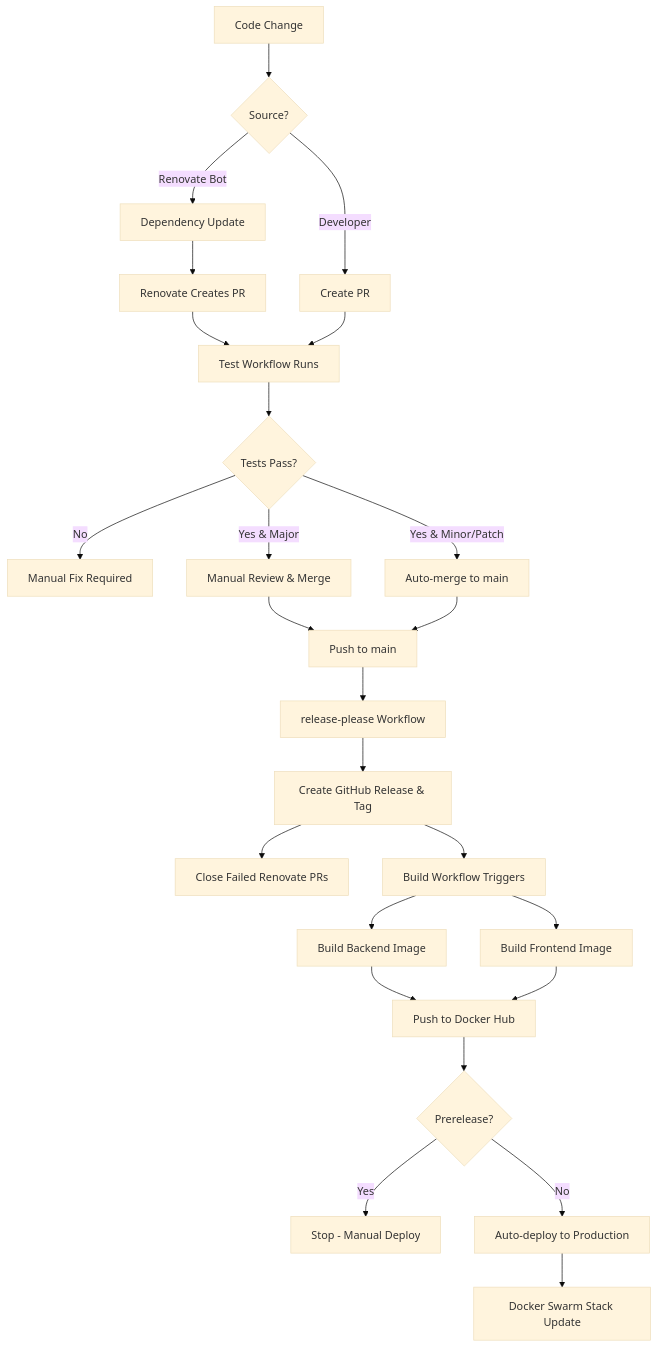
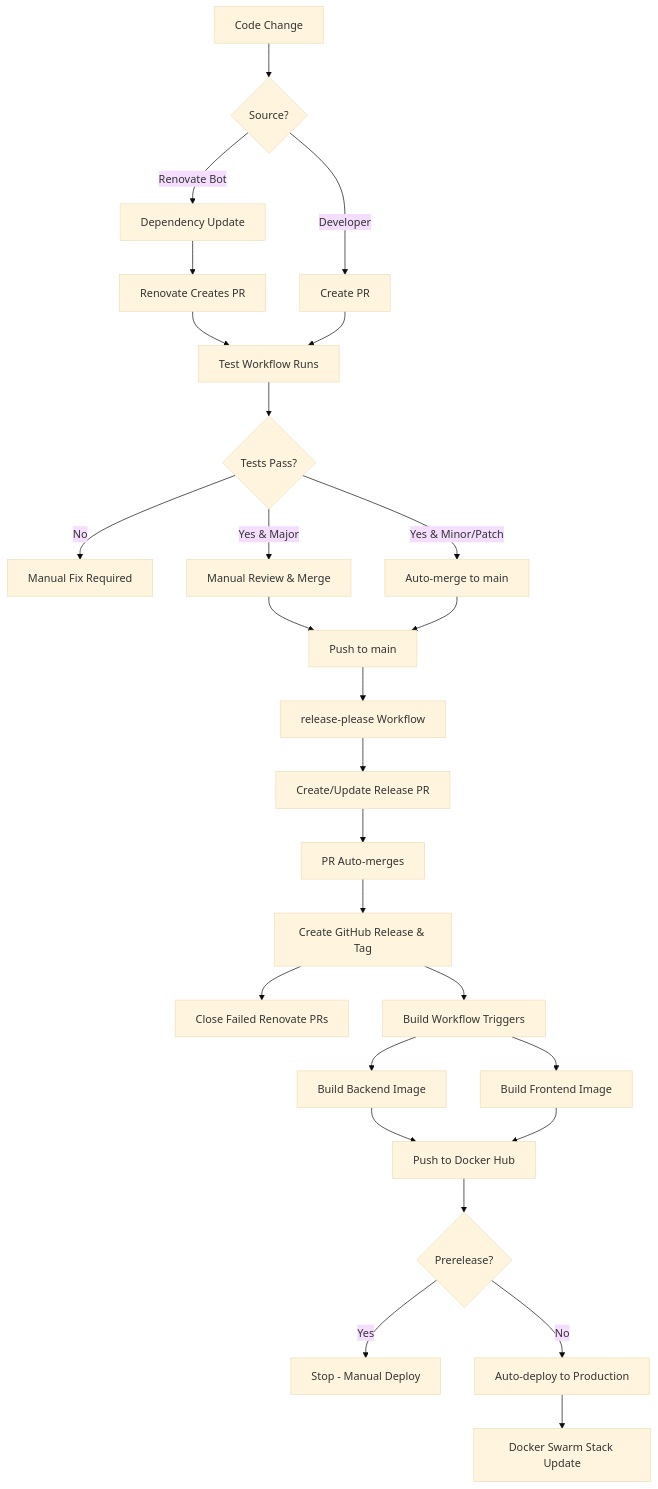
The diagram in README.md (goatheckler/cr-browser), drawn with Mermaid (base theme) before and after one commit. The commit also changed other lines of this file and 1 other file, not shown here.

Commit message:
fix: use PAT for release-please to enable workflow triggers on release PRs

````diff
--- a/README.md
+++ b/README.md
@@ -113,36 +113,38 @@
 ```mermaid
 flowchart TD
     A[Code Change] --> B{Source?}
     B -->|Developer| C[Create PR]
     B -->|Renovate Bot| D[Dependency Update]
     
     D --> E[Renovate Creates PR]
     E --> F[Test Workflow Runs]
     
     C --> F
     
     F --> G{Tests Pass?}
     G -->|No| H[Manual Fix Required]
     G -->|Yes & Minor/Patch| I[Auto-merge to main]
     G -->|Yes & Major| J[Manual Review & Merge]
     
     J --> K[Push to main]
     I --> K
     
     K --> L[release-please Workflow]
-    L --> M[Create GitHub Release & Tag]
+    L --> M[Create/Update Release PR]
+    M --> N[PR Auto-merges]
+    N --> O[Create GitHub Release & Tag]
     
-    M --> N[Close Failed Renovate PRs]
-    M --> O[Build Workflow Triggers]
-    O --> P[Build Backend Image]
-    O --> Q[Build Frontend Image]
+    O --> P[Close Failed Renovate PRs]
+    O --> Q[Build Workflow Triggers]
+    Q --> R[Build Backend Image]
+    Q --> S[Build Frontend Image]
     
-    P --> R[Push to Docker Hub]
-    Q --> R
+    R --> T[Push to Docker Hub]
+    S --> T
     
-    R --> S{Prerelease?}
-    S -->|Yes| T[Stop - Manual Deploy]
-    S -->|No| U[Auto-deploy to Production]
+    T --> U{Prerelease?}
+    U -->|Yes| V[Stop - Manual Deploy]
+    U -->|No| W[Auto-deploy to Production]
     
-    U --> V[Docker Swarm Stack Update]
+    W --> X[Docker Swarm Stack Update]
 ```
````
